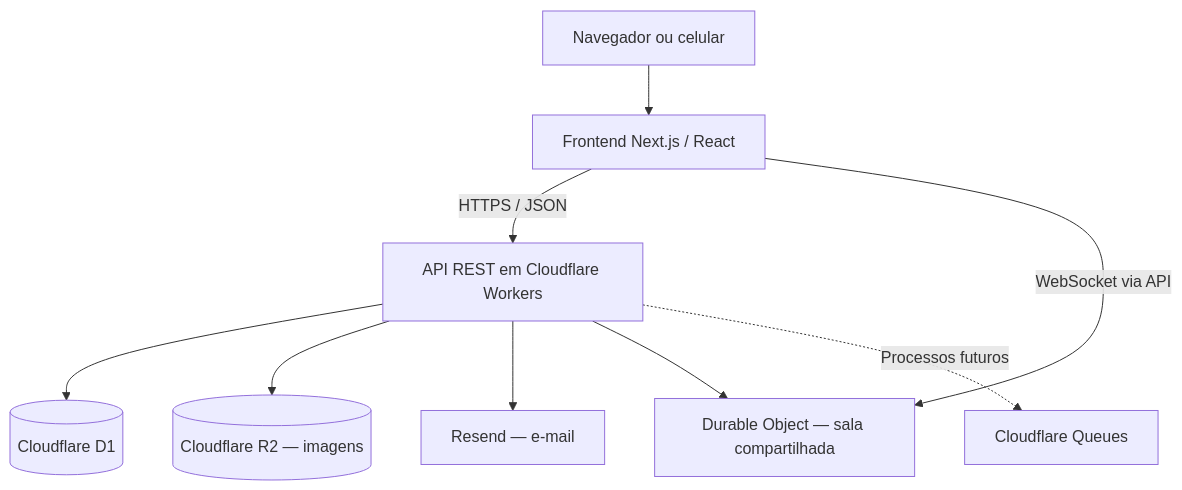
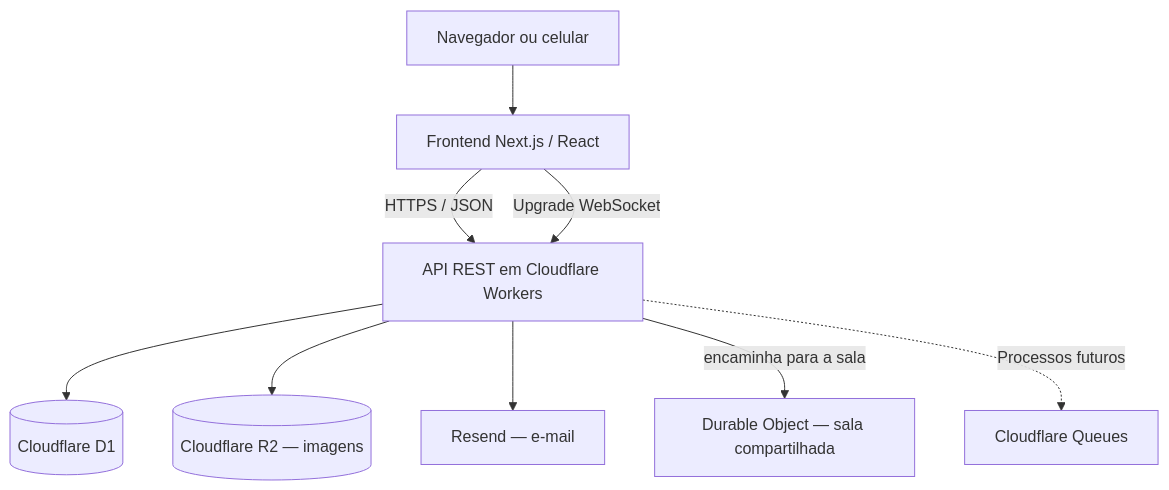
One commit to pitado/receitando changed the first of 3 diagrams in docs/system-design.md. Above: the diagram before and after it, drawn with Mermaid.

Commit message:
docs: esclarecer caminho WebSocket pelo Worker da API

````diff
--- a/docs/system-design.md
+++ b/docs/system-design.md
@@ -13,11 +13,11 @@
 ```mermaid
 flowchart TB
     U["Navegador ou celular"] --> F["Frontend Next.js / React"]
     F -->|"HTTPS / JSON"| API["API REST em Cloudflare Workers"]
     API --> DB[("Cloudflare D1")]
     API --> R2[("Cloudflare R2 — imagens")]
     API --> EMAIL["Resend — e-mail"]
-    F -->|"WebSocket via API"| ROOM["Durable Object — sala compartilhada"]
-    API --> ROOM
+    F -->|"Upgrade WebSocket"| API
+    API -->|"encaminha para a sala"| ROOM["Durable Object — sala compartilhada"]
     API -. "Processos futuros" .-> QUEUE["Cloudflare Queues"]
 ```
````
